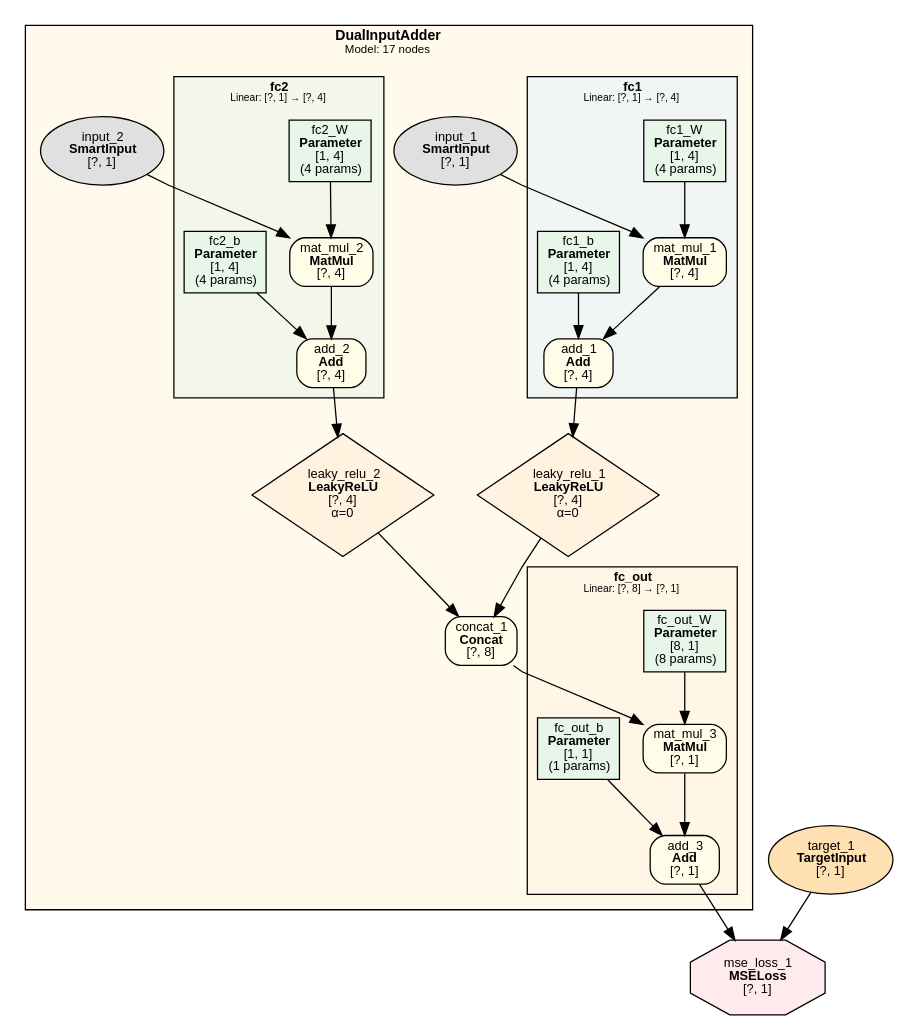
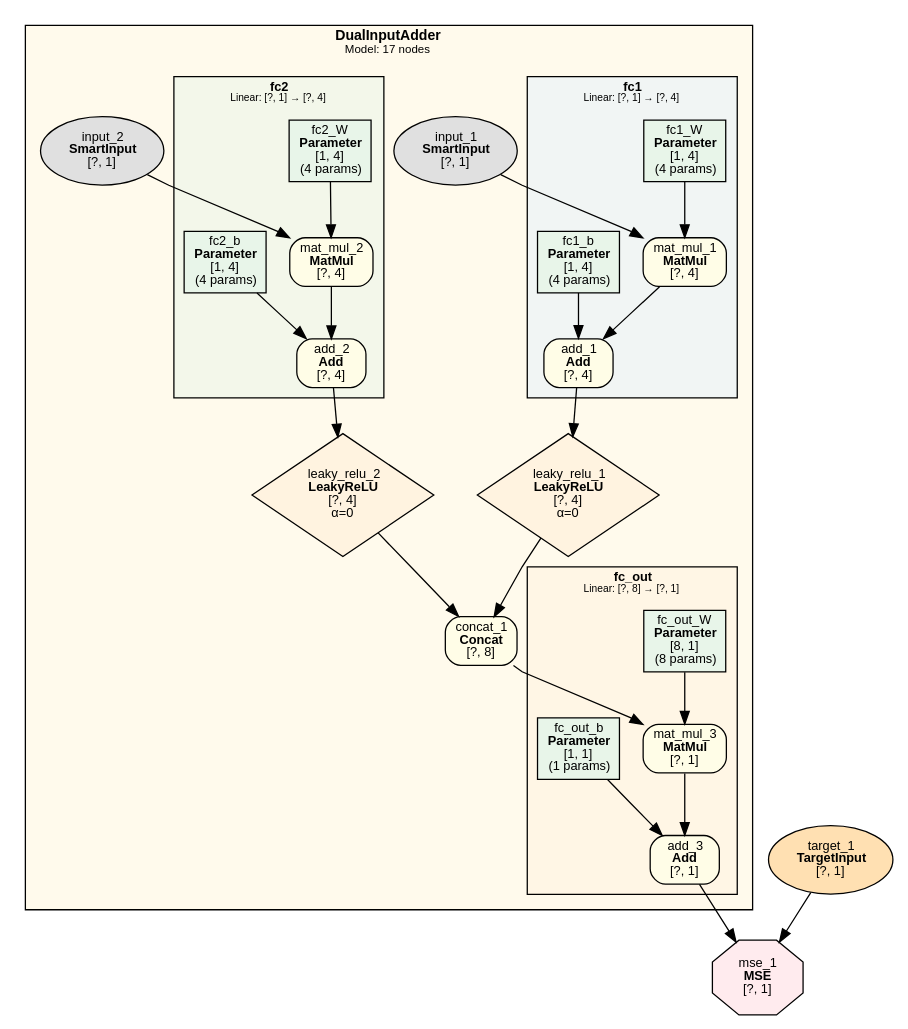
The diagram in examples/dual_input_add/dual_input_add.dot (dbsxdbsx/only_torch), drawn with Graphviz before and after one commit. The commit also changed 30 other files, not shown here.

First line of the commit message:
refactor: 统一底层损失节点命名（MSELoss → MSE）

```diff
--- a/examples/dual_input_add/dual_input_add.dot
+++ b/examples/dual_input_add/dual_input_add.dot
@@ -1,79 +1,79 @@
 digraph Model {
     rankdir=TB;
     newrank=true;
     splines=polyline;
     node [fontname="Microsoft YaHei,SimHei,Arial"];
     edge [fontname="Microsoft YaHei,SimHei,Arial"];
 
     subgraph cluster_DualInputAdder {
         label=<<B>DualInputAdder</B><BR/><FONT POINT-SIZE="9">Model: 17 nodes</FONT>>;
         style=filled;
         fillcolor="#FFECB340";
         fontname="Microsoft YaHei,SimHei,Arial";
         fontsize=11;
         margin=12;
         subgraph cluster_DualInputAdder_fc1 {
             label=<<B>fc1</B><BR/><FONT POINT-SIZE="8">Linear: [?, 1] → [?, 4]</FONT>>;
             style=filled;
             fillcolor="#E3F2FD80";
             fontname="Microsoft YaHei,SimHei,Arial";
             fontsize=10;
             margin=8;
             "1" [label=<fc1_W<BR/><B>Parameter</B><BR/>[1, 4]<BR/>(4 params)> shape=box style=filled fillcolor="#E8F5E9" fontsize=10];
             "2" [label=<fc1_b<BR/><B>Parameter</B><BR/>[1, 4]<BR/>(4 params)> shape=box style=filled fillcolor="#E8F5E9" fontsize=10];
             "9" [label=<mat_mul_1<BR/><B>MatMul</B><BR/>[?, 4]> shape=box style="filled,rounded" fillcolor="#FFFDE7" fontsize=10];
             "10" [label=<add_1<BR/><B>Add</B><BR/>[?, 4]> shape=box style="filled,rounded" fillcolor="#FFFDE7" fontsize=10];
         }
         subgraph cluster_DualInputAdder_fc2 {
             label=<<B>fc2</B><BR/><FONT POINT-SIZE="8">Linear: [?, 1] → [?, 4]</FONT>>;
             style=filled;
             fillcolor="#E8F5E980";
             fontname="Microsoft YaHei,SimHei,Arial";
             fontsize=10;
             margin=8;
             "3" [label=<fc2_W<BR/><B>Parameter</B><BR/>[1, 4]<BR/>(4 params)> shape=box style=filled fillcolor="#E8F5E9" fontsize=10];
             "4" [label=<fc2_b<BR/><B>Parameter</B><BR/>[1, 4]<BR/>(4 params)> shape=box style=filled fillcolor="#E8F5E9" fontsize=10];
             "12" [label=<mat_mul_2<BR/><B>MatMul</B><BR/>[?, 4]> shape=box style="filled,rounded" fillcolor="#FFFDE7" fontsize=10];
             "13" [label=<add_2<BR/><B>Add</B><BR/>[?, 4]> shape=box style="filled,rounded" fillcolor="#FFFDE7" fontsize=10];
         }
         subgraph cluster_DualInputAdder_fc_out {
             label=<<B>fc_out</B><BR/><FONT POINT-SIZE="8">Linear: [?, 8] → [?, 1]</FONT>>;
             style=filled;
             fillcolor="#FFF3E080";
             fontname="Microsoft YaHei,SimHei,Arial";
             fontsize=10;
             margin=8;
             "5" [label=<fc_out_W<BR/><B>Parameter</B><BR/>[8, 1]<BR/>(8 params)> shape=box style=filled fillcolor="#E8F5E9" fontsize=10];
             "6" [label=<fc_out_b<BR/><B>Parameter</B><BR/>[1, 1]<BR/>(1 params)> shape=box style=filled fillcolor="#E8F5E9" fontsize=10];
             "16" [label=<mat_mul_3<BR/><B>MatMul</B><BR/>[?, 1]> shape=box style="filled,rounded" fillcolor="#FFFDE7" fontsize=10];
             "17" [label=<add_3<BR/><B>Add</B><BR/>[?, 1]> shape=box style="filled,rounded" fillcolor="#FFFDE7" fontsize=10];
         }
             "7" [label=<input_1<BR/><B>SmartInput</B><BR/>[?, 1]> shape=ellipse style=filled fillcolor="#E0E0E0" fontsize=10];
             "8" [label=<input_2<BR/><B>SmartInput</B><BR/>[?, 1]> shape=ellipse style=filled fillcolor="#E0E0E0" fontsize=10];
             "11" [label=<leaky_relu_1<BR/><B>LeakyReLU</B><BR/>[?, 4]<BR/>α=0> shape=diamond style=filled fillcolor="#FFF3E0" fontsize=10];
             "14" [label=<leaky_relu_2<BR/><B>LeakyReLU</B><BR/>[?, 4]<BR/>α=0> shape=diamond style=filled fillcolor="#FFF3E0" fontsize=10];
             "15" [label=<concat_1<BR/><B>Concat</B><BR/>[?, 8]> shape=box style="filled,rounded" fillcolor="#FFFDE7" fontsize=10];
     }
 
     "18" [label=<target_1<BR/><B>TargetInput</B><BR/>[?, 1]> shape=ellipse style=filled fillcolor="#FFE0B2" fontsize=10];
-    "19" [label=<mse_loss_1<BR/><B>MSELoss</B><BR/>[?, 1]> shape=octagon style=filled fillcolor="#FFEBEE" fontsize=10];
+    "19" [label=<mse_1<BR/><B>MSE</B><BR/>[?, 1]> shape=octagon style=filled fillcolor="#FFEBEE" fontsize=10];
 
     "7" -> "9";
     "1" -> "9";
     "9" -> "10";
     "2" -> "10";
     "10" -> "11";
     "8" -> "12";
     "3" -> "12";
     "12" -> "13";
     "4" -> "13";
     "13" -> "14";
     "11" -> "15";
     "14" -> "15";
     "15" -> "16";
     "5" -> "16";
     "16" -> "17";
     "6" -> "17";
     "17" -> "19";
     "18" -> "19";
 }
```
